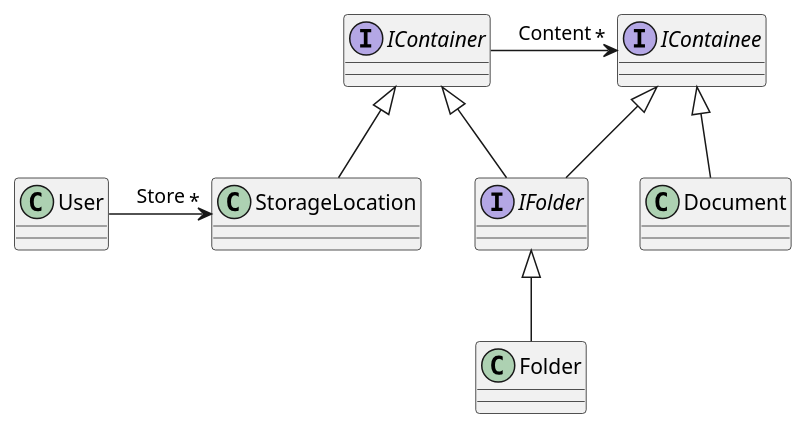
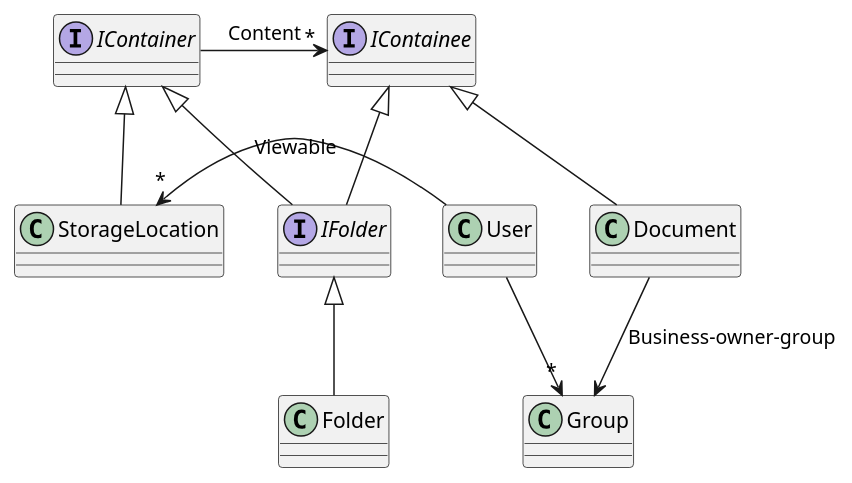
One commit to anionDevelopment/OpenDMS changed the diagram in Other/Reference/Technical/Diagrams/Model.plantuml. Above: the diagram before and after it, drawn with PlantUML. The commit also changed 13 other files, not shown here.

```diff
--- a/Other/Reference/Technical/Diagrams/Model.plantuml
+++ b/Other/Reference/Technical/Diagrams/Model.plantuml
@@ -1,16 +1,18 @@
 @startuml Model
 
 interface IContainer
 interface IContainee
 interface IFolder
 
 IContainer -right-> "*" IContainee : Content
 StorageLocation -up-|> IContainer 
 IFolder -up-|> IContainer
 IFolder -up-|> IContainee
 Document -up-|> IContainee
+Document --> Group : Business-owner-group
 Folder -up-|> IFolder
 
-User -right-> "*" StorageLocation : Store
+User -right-> "*" StorageLocation : Viewable
+User --> "*" Group
 
 @enduml
```
